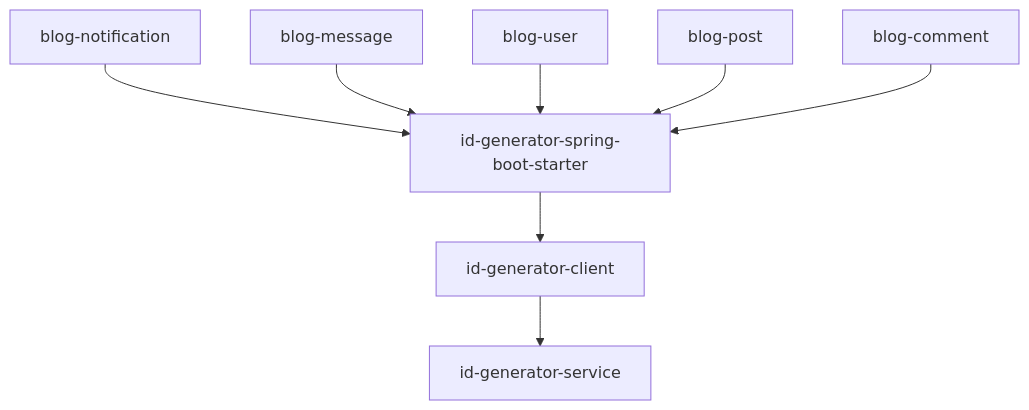
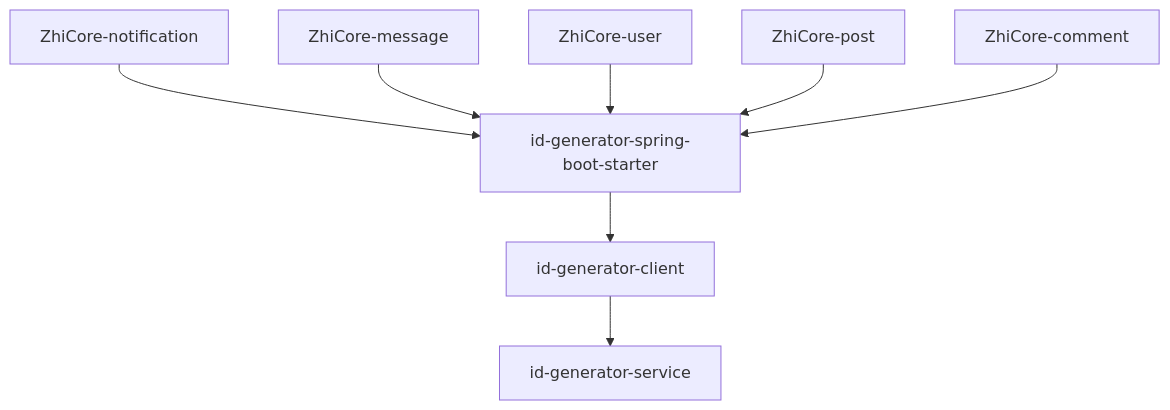
Before and after one commit to architectcgz/zhicore: the diagram in .kiro/specs/id-generator-integration/design.md, drawn with Mermaid. The commit also changed other lines of this file and 1789 other files, not shown here.

````diff
--- a/.kiro/specs/id-generator-integration/design.md
+++ b/.kiro/specs/id-generator-integration/design.md
@@ -56,10 +56,10 @@
 ```mermaid
 graph TD
-    A[blog-notification] --> B[id-generator-spring-boot-starter]
-    C[blog-message] --> B
-    D[blog-user] --> B
-    E[blog-post] --> B
-    F[blog-comment] --> B
+    A[ZhiCore-notification] --> B[id-generator-spring-boot-starter]
+    C[ZhiCore-message] --> B
+    D[ZhiCore-user] --> B
+    E[ZhiCore-post] --> B
+    F[ZhiCore-comment] --> B
     B --> G[id-generator-client]
     G --> H[id-generator-service]
 ```
````
